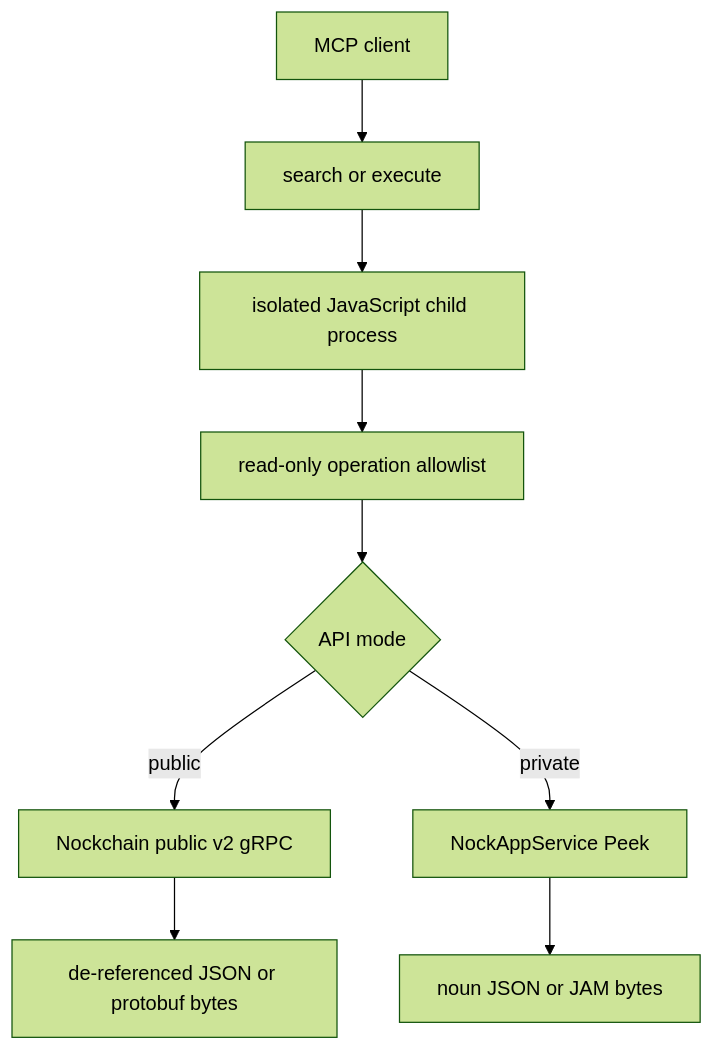
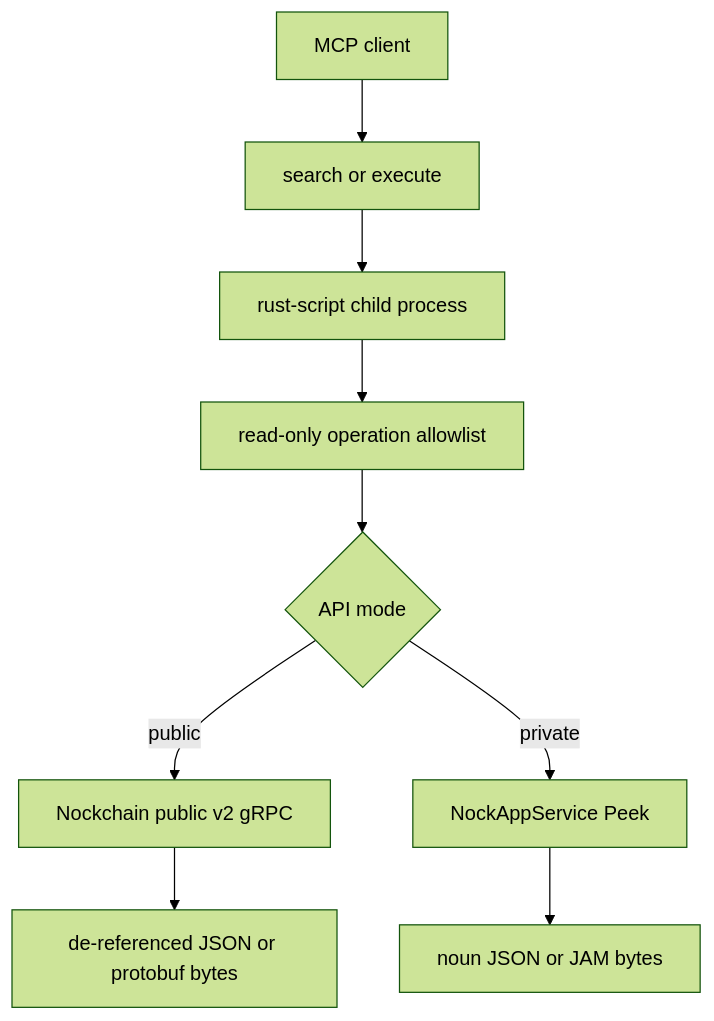
The diagram in crates/nockchain-mcp/README.md (nockchain/nockchain), drawn with Mermaid (forest theme) before and after one commit. The commit also changed other lines of this file and 11 other files, not shown here.

Commit message:
Replace JavaScript code mode with Rust

````diff
--- a/crates/nockchain-mcp/README.md
+++ b/crates/nockchain-mcp/README.md
@@ -17,11 +17,11 @@
 ```mermaid
 flowchart TD
     A["MCP client"] --> B["search or execute"]
-    B --> C["isolated JavaScript child process"]
+    B --> C["rust-script child process"]
     C --> D["read-only operation allowlist"]
     D --> E{"API mode"}
     E -->|public| F["Nockchain public v2 gRPC"]
     E -->|private| G["NockAppService Peek"]
     F --> H["de-referenced JSON or protobuf bytes"]
     G --> I["noun JSON or JAM bytes"]
 ```
````
